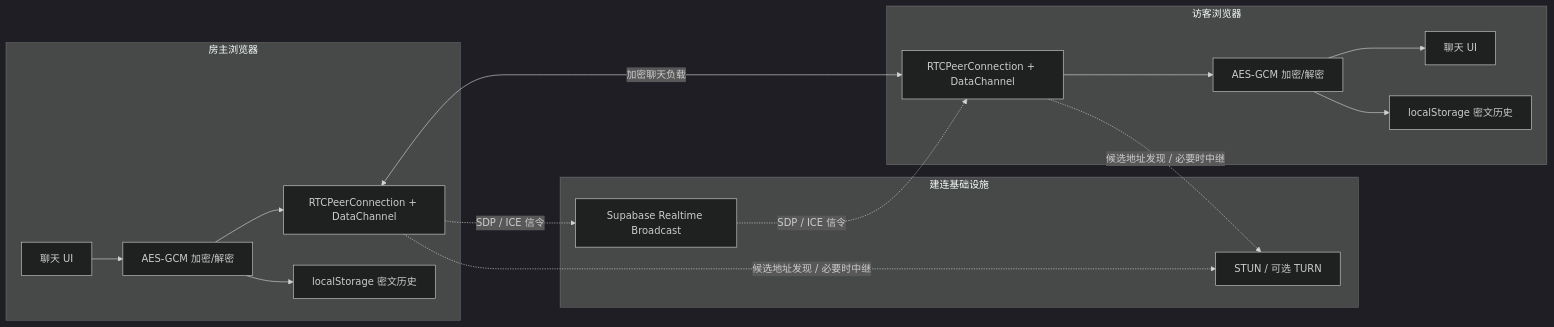
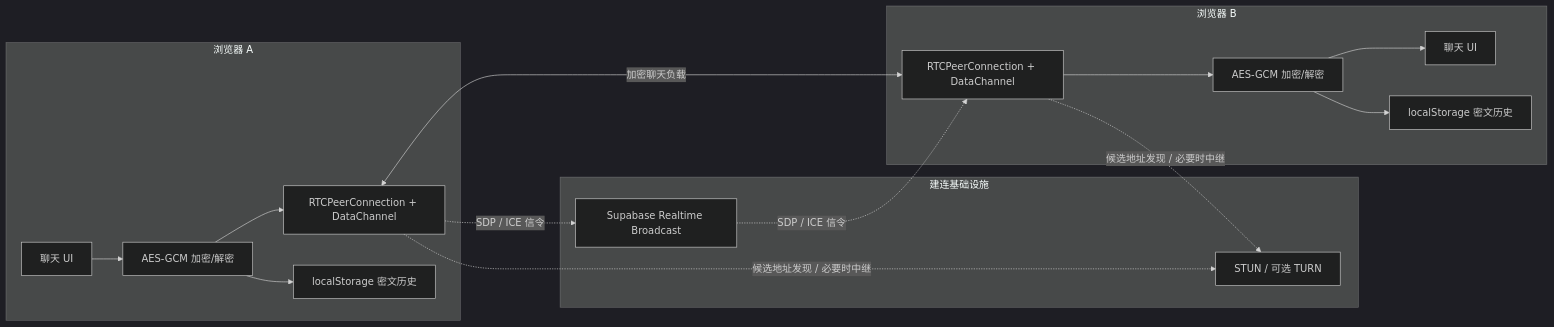
Before and after one commit to MarcWebber/p2p-chat: the first of 2 diagrams in docs/architecture.md, drawn with Mermaid (dark theme). The commit also changed other lines of this file and 23 other files, not shown here.

````diff
--- a/docs/architecture.md
+++ b/docs/architecture.md
@@ -9,33 +9,33 @@
 ```mermaid
 flowchart LR
-  subgraph A["房主浏览器"]
+  subgraph A["浏览器 A"]
     AUI["聊天 UI"]
     AC["AES-GCM 加密/解密"]
     AP["RTCPeerConnection + DataChannel"]
     AL["localStorage 密文历史"]
     AUI --> AC
     AC --> AP
     AC --> AL
   end
 
   subgraph S["建连基础设施"]
     SB["Supabase Realtime Broadcast"]
     ICE["STUN / 可选 TURN"]
   end
 
-  subgraph B["访客浏览器"]
+  subgraph B["浏览器 B"]
     BP["RTCPeerConnection + DataChannel"]
     BC["AES-GCM 加密/解密"]
     BUI["聊天 UI"]
     BL["localStorage 密文历史"]
     BP --> BC
     BC --> BUI
     BC --> BL
   end
 
   AP <-->|"加密聊天负载"| BP
   AP -. "SDP / ICE 信令" .-> SB
   SB -. "SDP / ICE 信令" .-> BP
   AP -. "候选地址发现 / 必要时中继" .-> ICE
   BP -. "候选地址发现 / 必要时中继" .-> ICE
 ```
````
